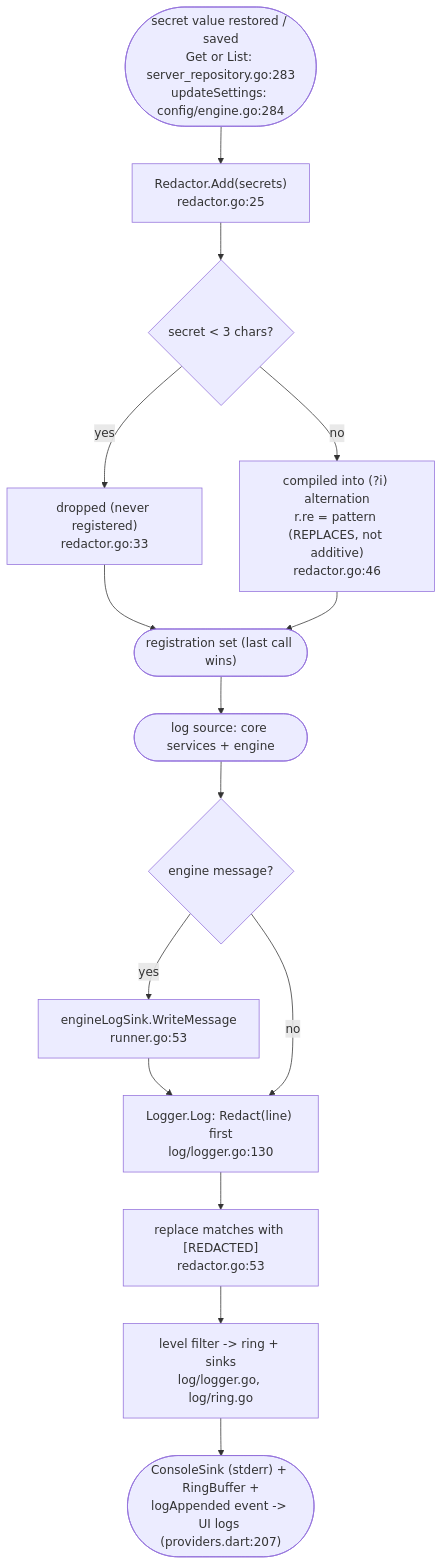
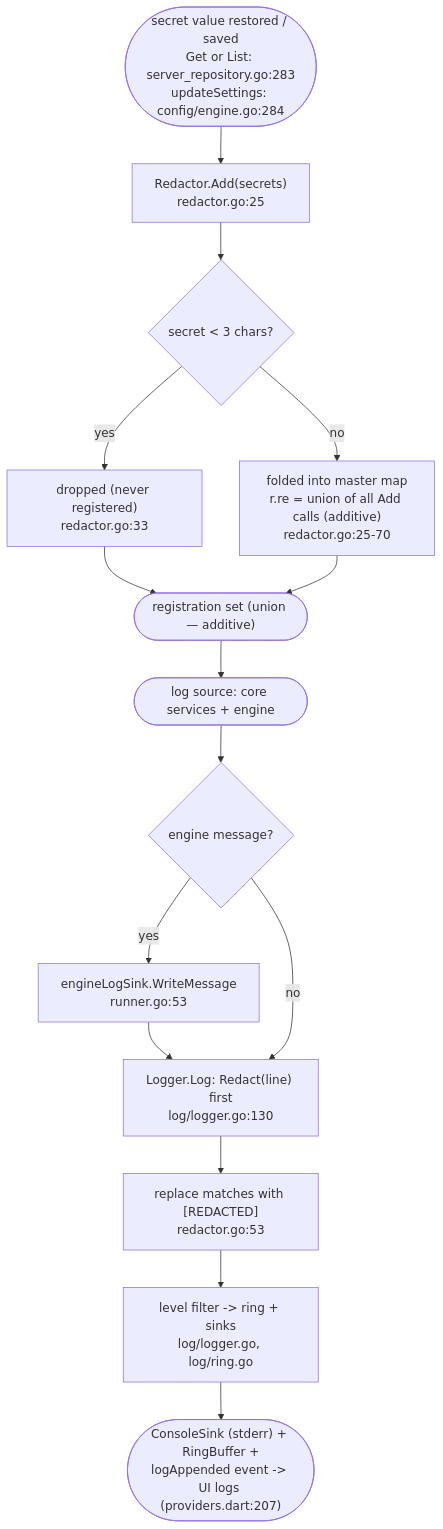
The eighth of 9 diagrams in docs/FLOWCHARTS.md (mrdevmohamed/OmniProxy), drawn with Mermaid before and after one commit. The commit also changed other lines of this file and 19 other files, not shown here.

Commit message:
app,core,docs: gate insecure certs behind advanced mode; additive redactor; helper socket auth + keepalive

````diff
--- a/docs/FLOWCHARTS.md
+++ b/docs/FLOWCHARTS.md
@@ -263,17 +262,17 @@
 ```mermaid
 flowchart TD
     A(["secret value restored / saved<br/>Get or List: server_repository.go:283<br/>updateSettings: config/engine.go:284"]) --> B["Redactor.Add(secrets)<br/>redactor.go:25"]
     B --> C{"secret < 3 chars?"}
     C -- yes --> D["dropped (never registered)<br/>redactor.go:33"]
-    C -- no --> E["compiled into (?i) alternation<br/>r.re = pattern (REPLACES, not additive)<br/>redactor.go:46"]
-    D --> Z(["registration set (last call wins)"])
+    C -- no --> E["folded into master map<br/>r.re = union of all Add calls (additive)<br/>redactor.go:25-70"]
+    D --> Z(["registration set (union — additive)"])
     E --> Z
     Z --> F(["log source: core services + engine"])
     F --> G{"engine message?"}
     G -- yes --> H["engineLogSink.WriteMessage<br/>runner.go:53"]
     H --> I["Logger.Log: Redact(line) first<br/>log/logger.go:130"]
     G -- no --> I
     I --> J["replace matches with [REDACTED]<br/>redactor.go:53"]
     J --> K["level filter -> ring + sinks<br/>log/logger.go, log/ring.go"]
     K --> L(["ConsoleSink (stderr) + RingBuffer +<br/>logAppended event -> UI logs (providers.dart:207)"])
 ```
````
